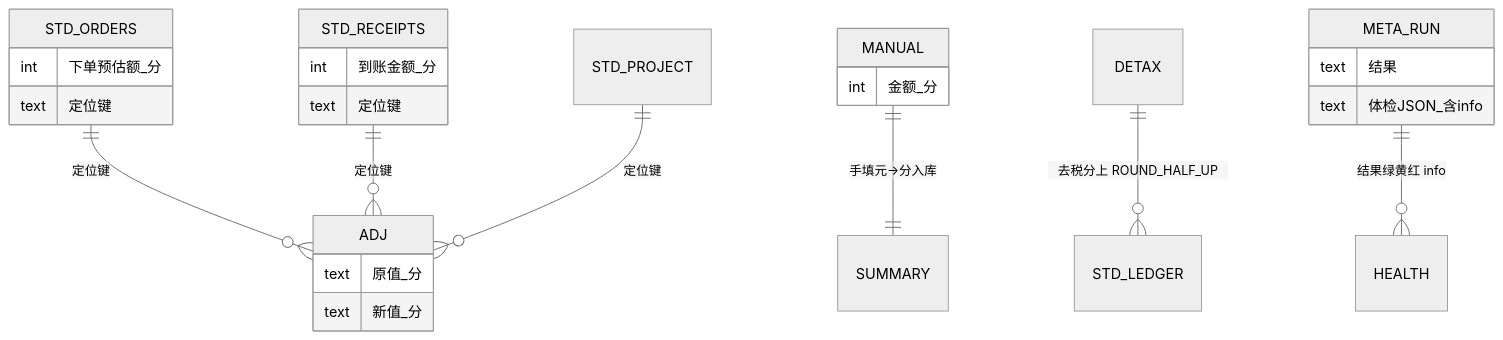
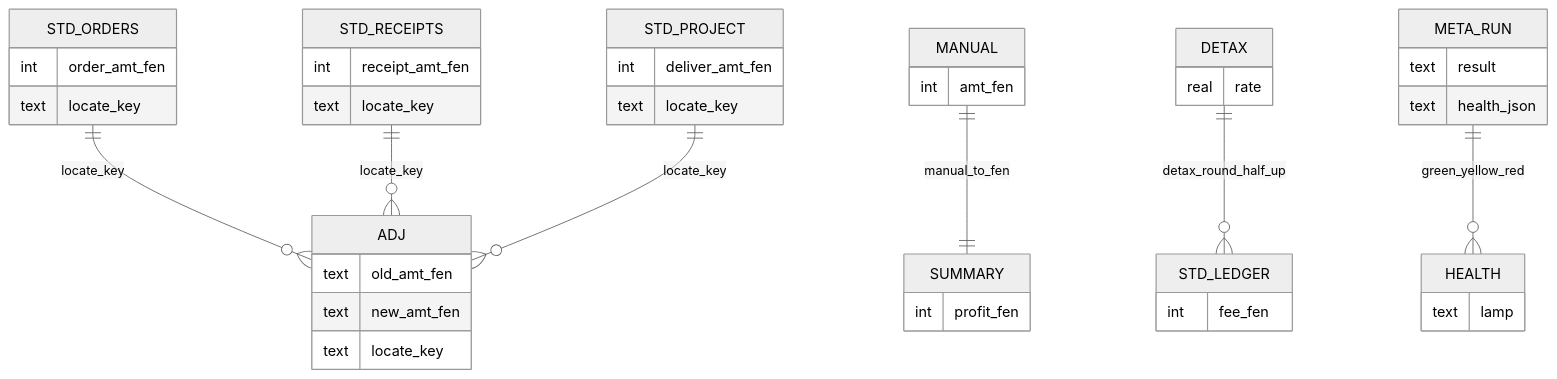
One commit to EvanLee2004/BI changed the diagram in docs/设计图/03_详细设计_数据库ER图.mmd. Above: the diagram before and after it, drawn with Mermaid (neutral theme). The commit also changed 24 other files, not shown here.

First line of the commit message:
docs: perfect README + 3.7.19 architecture/auth diagrams

```diff
--- a/docs/设计图/03_详细设计_数据库ER图.mmd
+++ b/docs/设计图/03_详细设计_数据库ER图.mmd
@@ -1,28 +1,46 @@
-%% 数据库 ER 要点 · VERSION 3.7.15 · 金额 int 分 · 2026-08-03
+%% 数据库 ER 要点 · VERSION 3.7.19 · 金额 int 分 · 2026-08-08
+%% 字段名用 ASCII（mermaid-cli 不接受中文 attribute 标识符）；中文语义见节点注释
 erDiagram
-  STD_ORDERS ||--o{ ADJ : "定位键"
-  STD_RECEIPTS ||--o{ ADJ : "定位键"
-  STD_PROJECT ||--o{ ADJ : "定位键"
-  MANUAL ||--|| SUMMARY : "手填元→分入库"
-  DETAX ||--o{ STD_LEDGER : "去税分上 ROUND_HALF_UP"
-  META_RUN ||--o{ HEALTH : "结果绿黄红 info"
+  STD_ORDERS ||--o{ ADJ : "locate_key"
+  STD_RECEIPTS ||--o{ ADJ : "locate_key"
+  STD_PROJECT ||--o{ ADJ : "locate_key"
+  MANUAL ||--|| SUMMARY : "manual_to_fen"
+  DETAX ||--o{ STD_LEDGER : "detax_round_half_up"
+  META_RUN ||--o{ HEALTH : "green_yellow_red"
 
   STD_ORDERS {
-    int 下单预估额_分
-    text 定位键
+    int order_amt_fen
+    text locate_key
   }
   STD_RECEIPTS {
-    int 到账金额_分
-    text 定位键
+    int receipt_amt_fen
+    text locate_key
+  }
+  STD_PROJECT {
+    int deliver_amt_fen
+    text locate_key
   }
   ADJ {
-    text 原值_分
-    text 新值_分
+    text old_amt_fen
+    text new_amt_fen
+    text locate_key
   }
   MANUAL {
-    int 金额_分
+    int amt_fen
   }
   META_RUN {
-    text 结果
-    text 体检JSON_含info
+    text result
+    text health_json
   }
+  SUMMARY {
+    int profit_fen
+  }
+  HEALTH {
+    text lamp
+  }
+  DETAX {
+    real rate
+  }
+  STD_LEDGER {
+    int fee_fen
+  }
```
